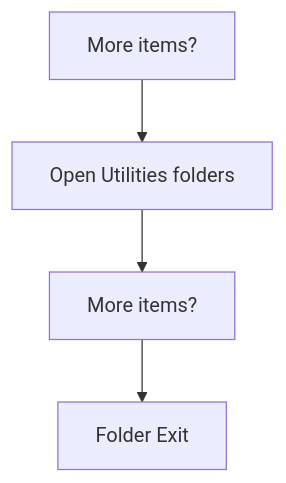
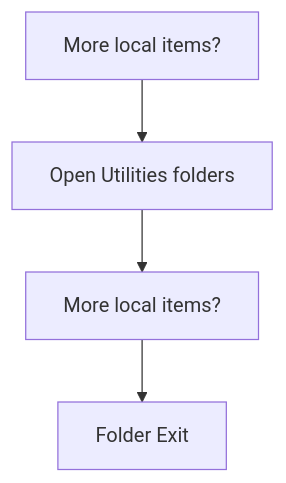
One commit to JohnAndrewBalbarosa/NeoTerritory changed the second of 2 diagrams in docs/Codebase/Backend/src/README.md. Above: the diagram before and after it, drawn with Mermaid. The commit also changed other lines of this file and 915 other files, not shown here.

````diff
--- a/docs/Codebase/Backend/src/README.md
+++ b/docs/Codebase/Backend/src/README.md
@@ -41,10 +41,10 @@
 ```mermaid
 flowchart TD
-    N0["More items?"]
+    N0["More local items?"]
     N1["Open Utilities folders"]
-    N2["More items?"]
+    N2["More local items?"]
     N3["Folder Exit"]
     N0 --> N1
     N1 --> N2
     N2 --> N3
 ```
````
